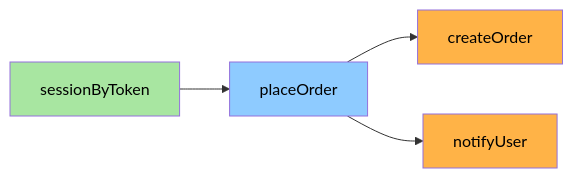
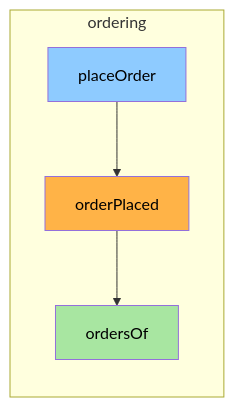
The seventh of 9 diagrams in README.ja.md (mew-ton/hozo), drawn with Mermaid before and after one commit. The commit also changed other lines of this file and 3 other files, not shown here.

First line of the commit message:
README: 折りたたみのコードを、図から分かる範囲だけにする（決定 493）

````diff
--- a/README.ja.md
+++ b/README.ja.md
@@ -277,9 +286,9 @@
 ```mermaid
 flowchart LR
-  r[sessionByToken]:::read --> c[placeOrder]:::command
-  c --> e1[createOrder]:::event
-  c --> e2[notifyUser]:::event
+  subgraph ordering
+    c[placeOrder]:::command --> e[orderPlaced]:::event --> r[ordersOf]:::read
+  end
   classDef command fill:#8ecbff,color:#000
   classDef event fill:#ffb347,color:#000
   classDef read fill:#a8e6a1,color:#000
 ```
````
